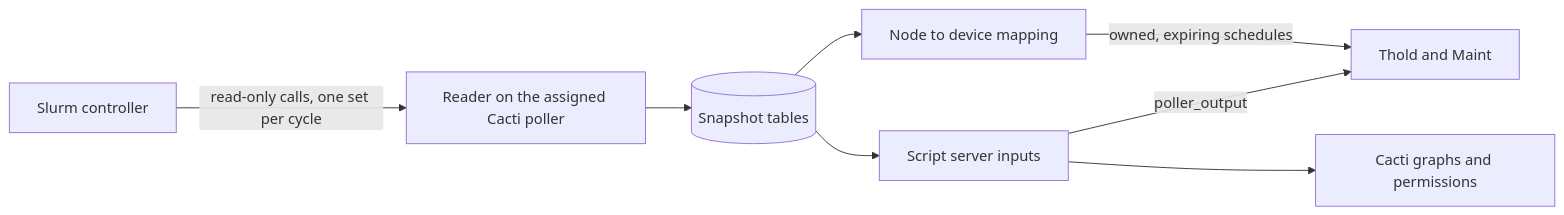
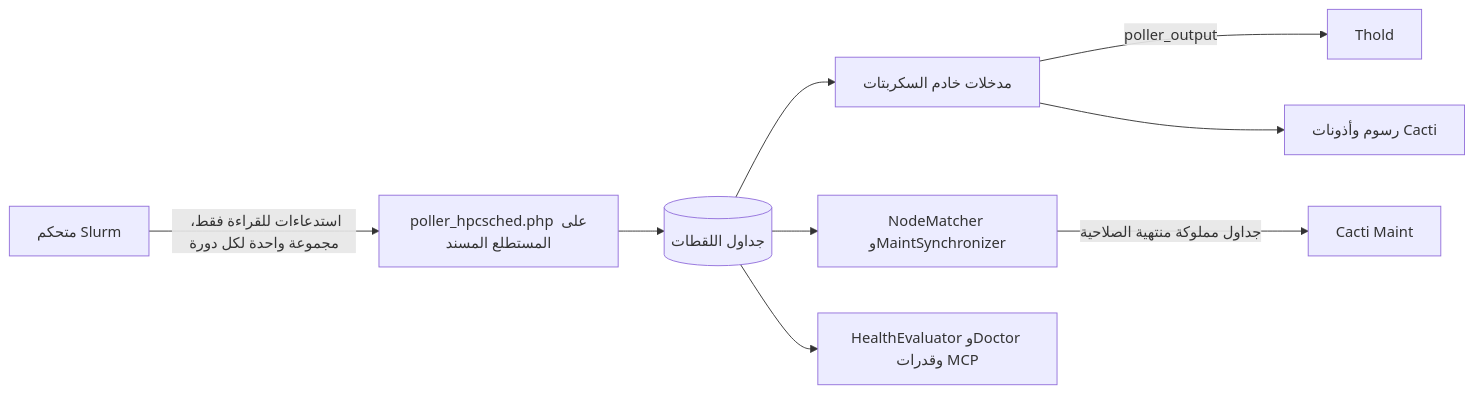
Before and after one commit to somethingwithproof/plugin_hpcsched: the diagram in docs/i18n/ar-SA/README.md, drawn with Mermaid. The commit also changed other lines of this file and 48 other files, not shown here.

````diff
--- a/docs/i18n/ar-SA/README.md
+++ b/docs/i18n/ar-SA/README.md
@@ -107,10 +163,11 @@
 ```mermaid
 flowchart LR
-    S[Slurm controller] -->|read-only calls, one set per cycle| R[Reader on the assigned Cacti poller]
-    R --> SNAP[(Snapshot tables)]
-    SNAP --> SS[Script server inputs]
-    SS -->|poller_output| T[Thold and Maint]
-    SS --> G[Cacti graphs and permissions]
-    SNAP --> MAP[Node to device mapping]
-    MAP -->|owned, expiring schedules| T
+    S[متحكم Slurm] -->|استدعاءات للقراءة فقط، مجموعة واحدة لكل دورة| R[poller_hpcsched.php على المستطلع المسند]
+    R --> SNAP[(جداول اللقطات)]
+    SNAP --> SS[مدخلات خادم السكربتات]
+    SS -->|poller_output| T[Thold]
+    SS --> G[رسوم وأذونات Cacti]
+    SNAP --> MAP[NodeMatcher وMaintSynchronizer]
+    MAP -->|جداول مملوكة منتهية الصلاحية| M[Cacti Maint]
+    SNAP --> H[HealthEvaluator وDoctor وقدرات MCP]
 ```
````
